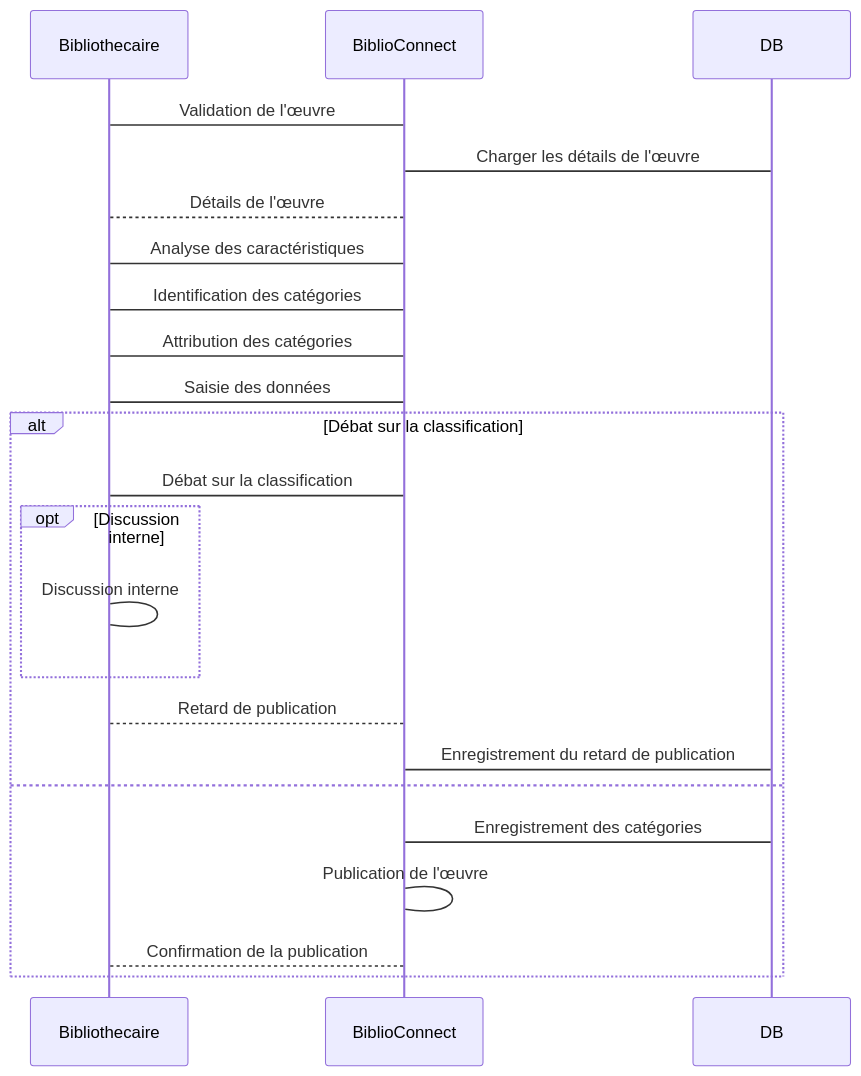
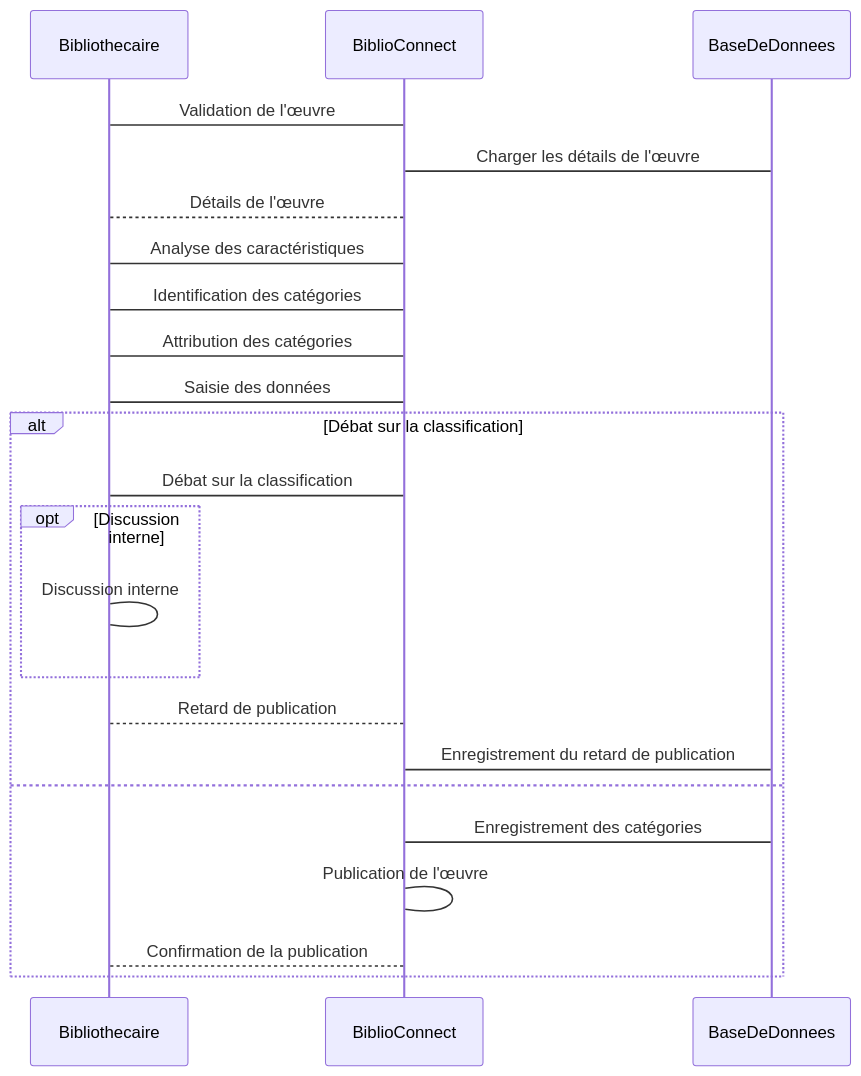
One commit to nico30so/codemasters changed the first of 2 diagrams in Scenarios/S3/S3.md. Above: the diagram before and after it, drawn with Mermaid. The commit also changed other lines of this file, not shown here.

````diff
--- a/Scenarios/S3/S3.md
+++ b/Scenarios/S3/S3.md
@@ -28,28 +28,28 @@
 ```mermaid
 sequenceDiagram
     participant Bibliothecaire
     participant BiblioConnect
-    participant DB
+    participant BaseDeDonnees
 
     Bibliothecaire -> BiblioConnect: Validation de l'œuvre
-    BiblioConnect -> DB: Charger les détails de l'œuvre
+    BiblioConnect -> BaseDeDonnees: Charger les détails de l'œuvre
     BiblioConnect --> Bibliothecaire: Détails de l'œuvre
 
     Bibliothecaire -> BiblioConnect: Analyse des caractéristiques
     Bibliothecaire -> BiblioConnect: Identification des catégories
     Bibliothecaire -> BiblioConnect: Attribution des catégories
     Bibliothecaire -> BiblioConnect: Saisie des données
 
     alt Débat sur la classification
         BiblioConnect -> Bibliothecaire: Débat sur la classification
         opt Discussion interne
             Bibliothecaire -> Bibliothecaire: Discussion interne
         end
         BiblioConnect --> Bibliothecaire: Retard de publication
-        BiblioConnect -> DB: Enregistrement du retard de publication
+        BiblioConnect -> BaseDeDonnees: Enregistrement du retard de publication
     else
-        BiblioConnect -> DB: Enregistrement des catégories
+        BiblioConnect -> BaseDeDonnees: Enregistrement des catégories
         BiblioConnect -> BiblioConnect: Publication de l'œuvre
         BiblioConnect --> Bibliothecaire: Confirmation de la publication
     end
 ```
````
